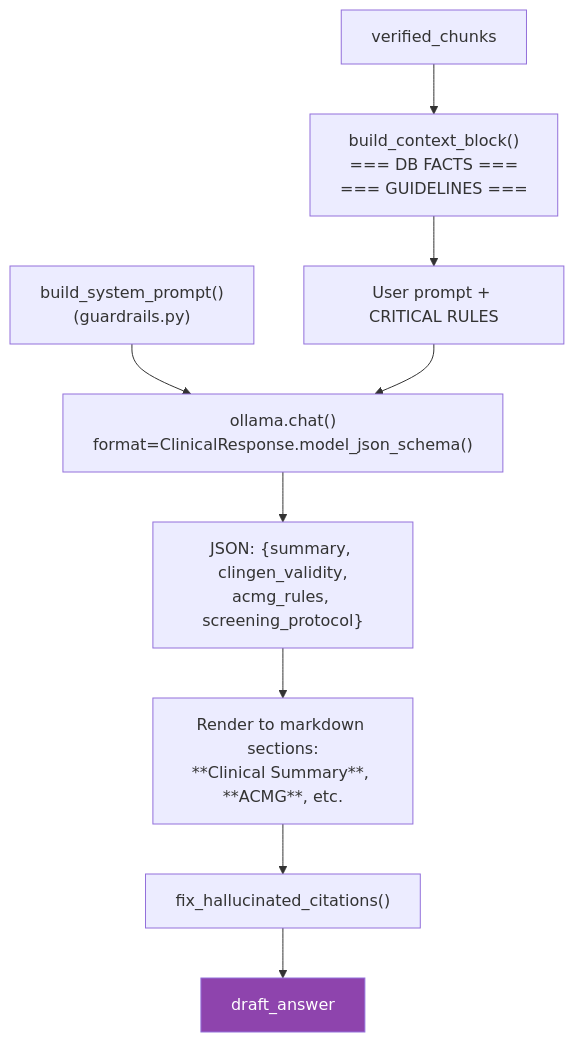
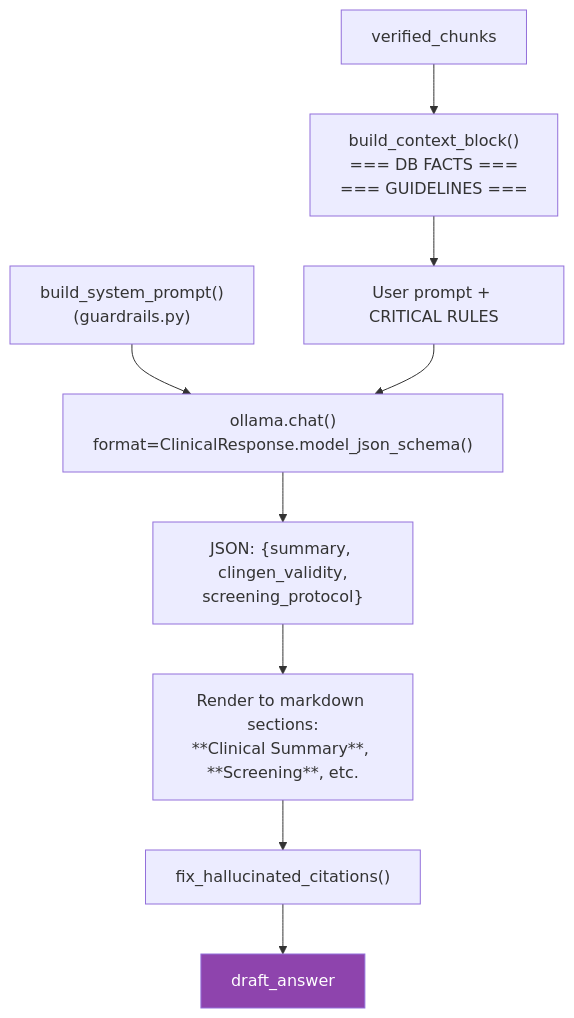
The seventh of 13 diagrams in project_analysis.md (RenX86/Privacy-Preserving-CDSS), drawn with Mermaid before and after one commit. The commit also changed other lines of this file and 14 other files, not shown here.

````diff
--- a/project_analysis.md
+++ b/project_analysis.md
@@ -310,14 +305,14 @@
 ```mermaid
 flowchart TD
     VC["verified_chunks"] --> CTX["build_context_block()<br/>=== DB FACTS ===<br/>=== GUIDELINES ==="]
     CTX --> PROMPT["User prompt + CRITICAL RULES"]
     SP["build_system_prompt()<br/>(guardrails.py)"] --> OLLAMA
 
     PROMPT --> OLLAMA["ollama.chat()<br/>format=ClinicalResponse.model_json_schema()"]
-    OLLAMA --> JSON["JSON: {summary, clingen_validity,<br/>acmg_rules, screening_protocol}"]
-    JSON --> RENDER["Render to markdown sections:<br/>**Clinical Summary**, **ACMG**, etc."]
+    OLLAMA --> JSON["JSON: {summary, clingen_validity,<br/>screening_protocol}"]
+    JSON --> RENDER["Render to markdown sections:<br/>**Clinical Summary**, **Screening**, etc."]
     RENDER --> FIX["fix_hallucinated_citations()"]
     FIX --> DRAFT["draft_answer"]
 
     style DRAFT fill:#8e44ad,color:#fff
 ```
````
